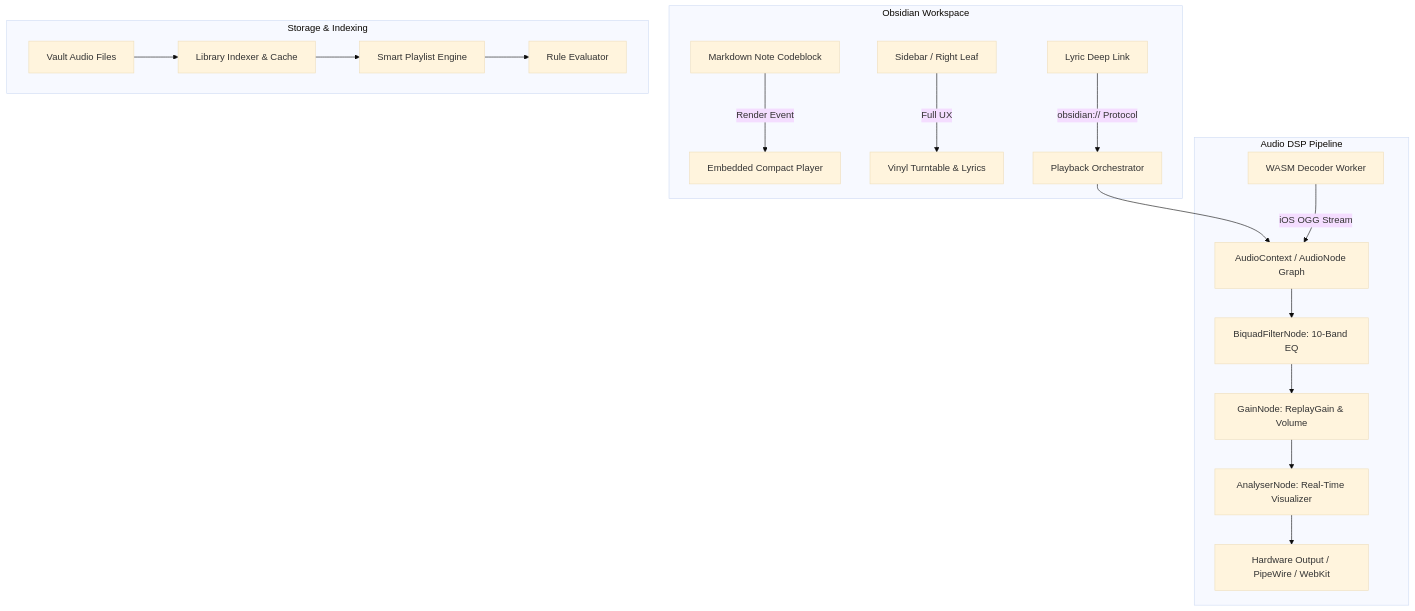
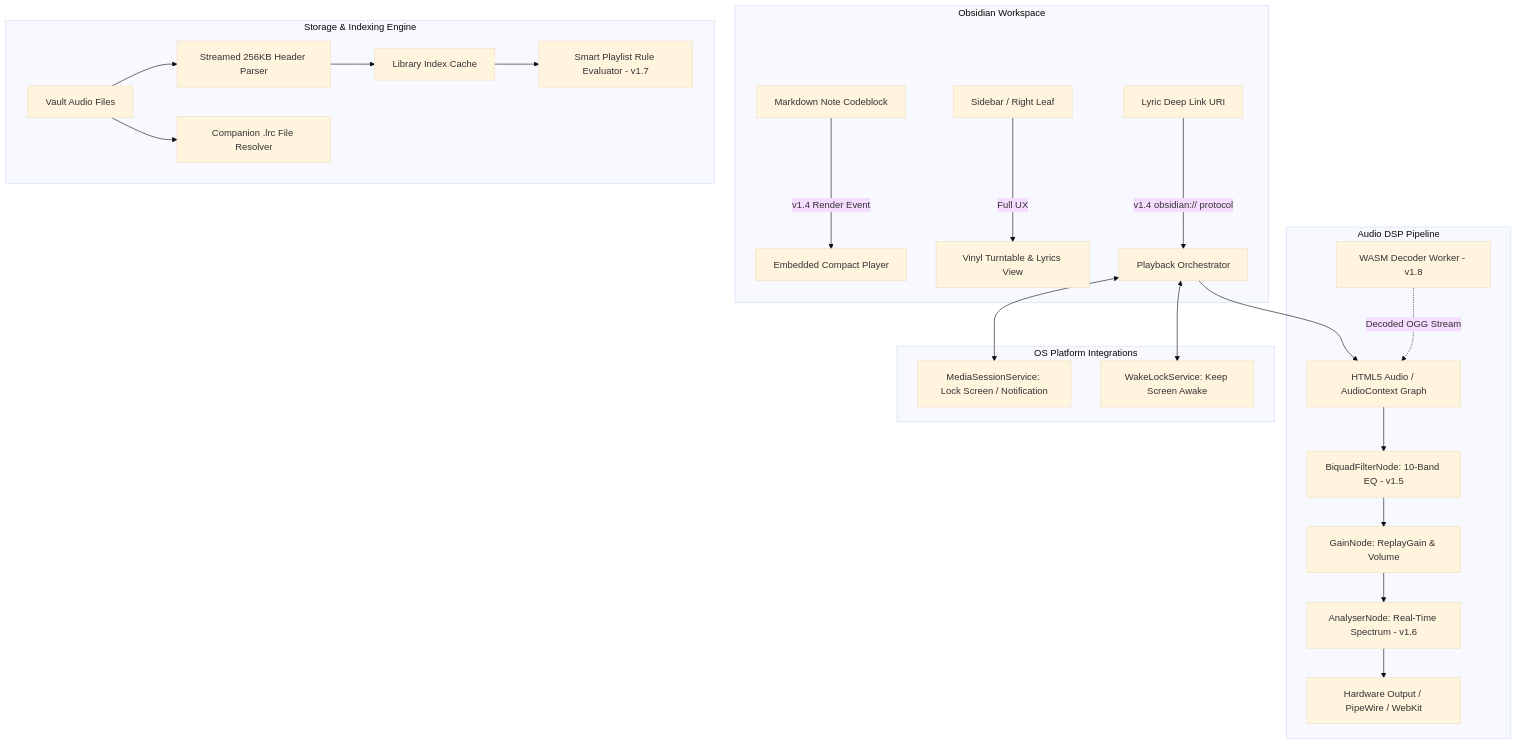
Before and after one commit to sudh29/liber_music: the second of 2 diagrams in ROADMAP.md, drawn with Mermaid (base theme). The commit also changed other lines of this file and 1 other file, not shown here.

Commit message:
docs: consolidate historical scorecard and strategic engineering roadmap into ROADMAP.md

````diff
--- a/ROADMAP.md
+++ b/ROADMAP.md
@@ -25,23 +164,29 @@
 ```mermaid
 graph TD
     subgraph Obsidian Workspace
-        A[Markdown Note Codeblock] -->|Render Event| B[Embedded Compact Player]
-        C[Sidebar / Right Leaf] -->|Full UX| D[Vinyl Turntable & Lyrics]
-        E[Lyric Deep Link] -->|obsidian:// Protocol| F[Playback Orchestrator]
+        A1[Markdown Note Codeblock] -->|v1.4 Render Event| B1[Embedded Compact Player]
+        A2[Sidebar / Right Leaf] -->|Full UX| B2[Vinyl Turntable & Lyrics View]
+        A3[Lyric Deep Link URI] -->|v1.4 obsidian:// protocol| C[Playback Orchestrator]
     end
 
     subgraph Audio DSP Pipeline
-        F --> G[AudioContext / AudioNode Graph]
-        G --> H[BiquadFilterNode: 10-Band EQ]
-        H --> I[GainNode: ReplayGain & Volume]
-        I --> J[AnalyserNode: Real-Time Visualizer]
-        J --> K[Hardware Output / PipeWire / WebKit]
-        L[WASM Decoder Worker] -->|iOS OGG Stream| G
+        C --> D[HTML5 Audio / AudioContext Graph]
+        D --> E[BiquadFilterNode: 10-Band EQ - v1.5]
+        E --> F[GainNode: ReplayGain & Volume]
+        F --> G[AnalyserNode: Real-Time Spectrum - v1.6]
+        G --> H[Hardware Output / PipeWire / WebKit]
+        I[WASM Decoder Worker - v1.8] -.->|Decoded OGG Stream| D
     end
 
-    subgraph Storage & Indexing
-        M[Vault Audio Files] --> N[Library Indexer & Cache]
-        N --> O[Smart Playlist Engine]
-        O --> P[Rule Evaluator]
+    subgraph OS Platform Integrations
+        C <--> J[MediaSessionService: Lock Screen / Notification]
+        C <--> K[WakeLockService: Keep Screen Awake]
+    end
+
+    subgraph Storage & Indexing Engine
+        L[Vault Audio Files] --> M[Streamed 256KB Header Parser]
+        L --> N[Companion .lrc File Resolver]
+        M --> O[Library Index Cache]
+        O --> P[Smart Playlist Rule Evaluator - v1.7]
     end
 ```
````
